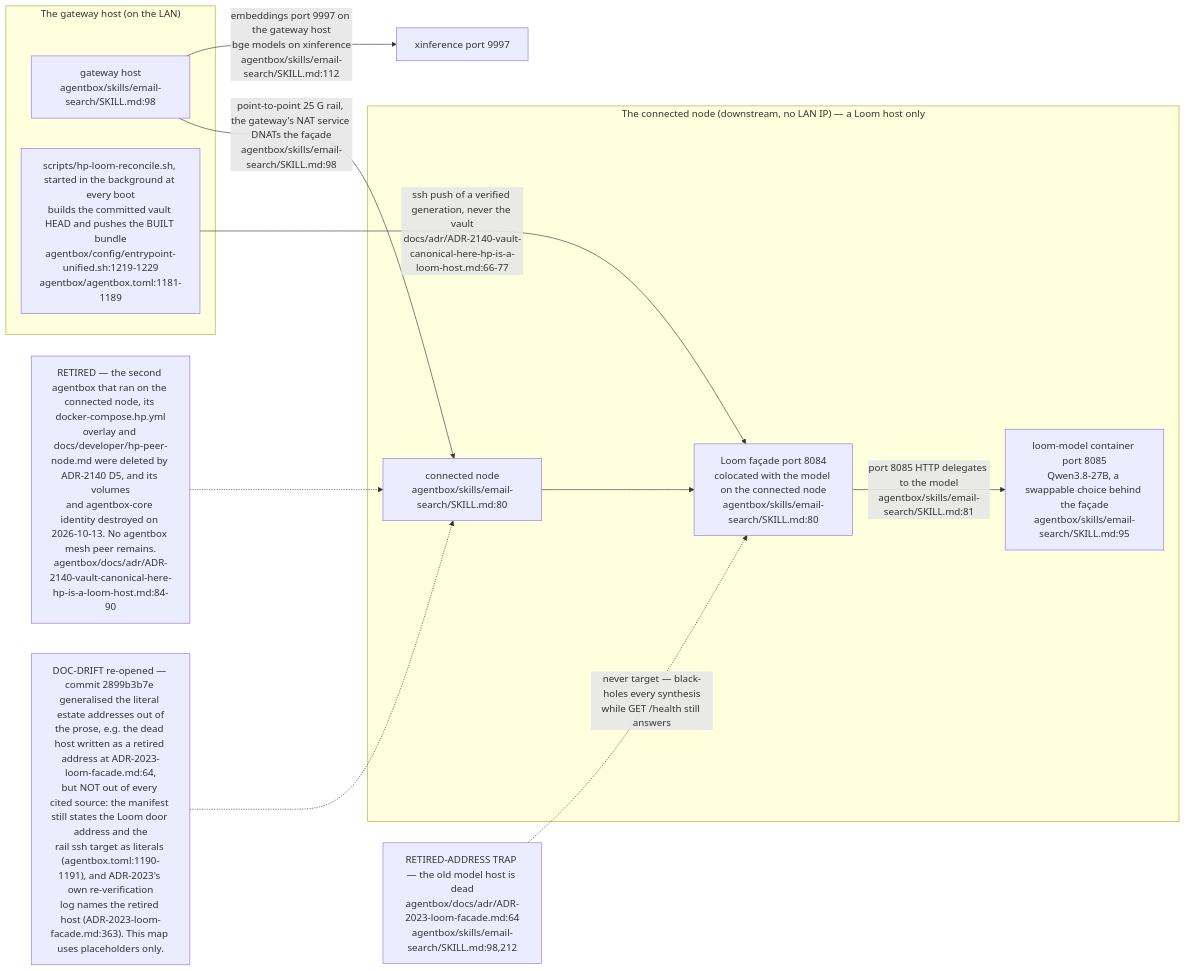
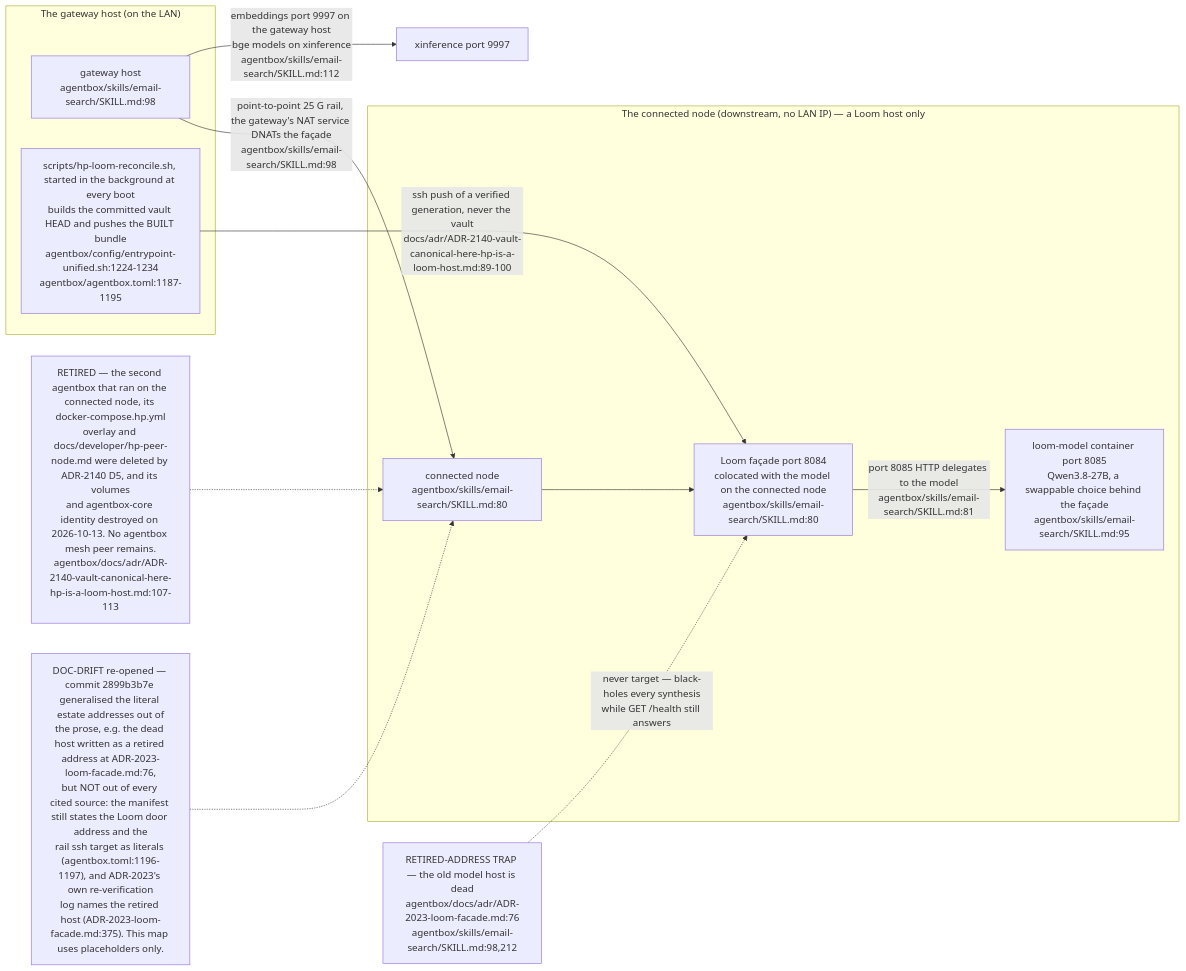
One commit to DreamLab-AI/VisionFlow changed the second of 8 diagrams in docs/diagrams/estate/01-estate-topology.md. Above: the diagram before and after it, drawn with Mermaid. The commit also changed other lines of this file and 49 other files, not shown here.

First line of the commit message:
docs(diagrams): re-derive and re-stamp VisionClaw, estate, knowledge-graph, visionGraph, VisionFlow and sidestr topics

````diff
--- a/docs/diagrams/estate/01-estate-topology.md
+++ b/docs/diagrams/estate/01-estate-topology.md
@@ -103,26 +103,26 @@
 ```mermaid
 flowchart LR
     subgraph ML["The gateway host (on the LAN)"]
         MLHOST["gateway host<br/>agentbox/skills/email-search/SKILL.md:98"]
-        RECON["scripts/hp-loom-reconcile.sh, started in the background at every boot<br/>builds the committed vault HEAD and pushes the BUILT bundle<br/>agentbox/config/entrypoint-unified.sh:1219-1229<br/>agentbox/agentbox.toml:1181-1189"]
+        RECON["scripts/hp-loom-reconcile.sh, started in the background at every boot<br/>builds the committed vault HEAD and pushes the BUILT bundle<br/>agentbox/config/entrypoint-unified.sh:1224-1234<br/>agentbox/agentbox.toml:1187-1195"]
     end
     subgraph HP["The connected node (downstream, no LAN IP) — a Loom host only"]
         HPHOST["connected node<br/>agentbox/skills/email-search/SKILL.md:80"]
         LOOMFACADE["Loom façade port 8084<br/>colocated with the model on the connected node<br/>agentbox/skills/email-search/SKILL.md:80"]
         LOOMMODEL["loom-model container port 8085<br/>Qwen3.8-27B, a swappable choice behind the façade<br/>agentbox/skills/email-search/SKILL.md:95"]
     end
     MLHOST -->|"point-to-point 25 G rail, the gateway's NAT service DNATs the façade<br/>agentbox/skills/email-search/SKILL.md:98"| HPHOST
     HPHOST --> LOOMFACADE
     LOOMFACADE -->|"port 8085 HTTP delegates to the model<br/>agentbox/skills/email-search/SKILL.md:81"| LOOMMODEL
     MLHOST -->|"embeddings port 9997 on the gateway host<br/>bge models on xinference<br/>agentbox/skills/email-search/SKILL.md:112"| XINF["xinference port 9997"]
-    RECON -->|"ssh push of a verified generation, never the vault<br/>docs/adr/ADR-2140-vault-canonical-here-hp-is-a-loom-host.md:66-77"| LOOMFACADE
+    RECON -->|"ssh push of a verified generation, never the vault<br/>docs/adr/ADR-2140-vault-canonical-here-hp-is-a-loom-host.md:89-100"| LOOMFACADE
 
-    DEAD["RETIRED-ADDRESS TRAP — the old model host is dead<br/>agentbox/docs/adr/ADR-2023-loom-facade.md:64<br/>agentbox/skills/email-search/SKILL.md:98,212"]
+    DEAD["RETIRED-ADDRESS TRAP — the old model host is dead<br/>agentbox/docs/adr/ADR-2023-loom-facade.md:76<br/>agentbox/skills/email-search/SKILL.md:98,212"]
     DEAD -.->|"never target — black-holes every synthesis<br/>while GET /health still answers"| LOOMFACADE
 
-    GONE["RETIRED — the second agentbox that ran on the connected node, its docker-compose.hp.yml<br/>overlay and docs/developer/hp-peer-node.md were deleted by ADR-2140 D5, and its volumes<br/>and agentbox-core identity destroyed on 2026-10-13. No agentbox mesh peer remains.<br/>agentbox/docs/adr/ADR-2140-vault-canonical-here-hp-is-a-loom-host.md:84-90"]
+    GONE["RETIRED — the second agentbox that ran on the connected node, its docker-compose.hp.yml<br/>overlay and docs/developer/hp-peer-node.md were deleted by ADR-2140 D5, and its volumes<br/>and agentbox-core identity destroyed on 2026-10-13. No agentbox mesh peer remains.<br/>agentbox/docs/adr/ADR-2140-vault-canonical-here-hp-is-a-loom-host.md:107-113"]
     GONE -.-> HPHOST
 
-    GEN["DOC-DRIFT re-opened — commit 2899b3b7e generalised the literal estate addresses out of<br/>the prose, e.g. the dead host written as a retired address at ADR-2023-loom-facade.md:64,<br/>but NOT out of every cited source: the manifest still states the Loom door address and the<br/>rail ssh target as literals (agentbox.toml:1190-1191), and ADR-2023's own re-verification<br/>log names the retired host (ADR-2023-loom-facade.md:363). This map uses placeholders only."]
+    GEN["DOC-DRIFT re-opened — commit 2899b3b7e generalised the literal estate addresses out of<br/>the prose, e.g. the dead host written as a retired address at ADR-2023-loom-facade.md:76,<br/>but NOT out of every cited source: the manifest still states the Loom door address and the<br/>rail ssh target as literals (agentbox.toml:1196-1197), and ADR-2023's own re-verification<br/>log names the retired host (ADR-2023-loom-facade.md:375). This map uses placeholders only."]
     GEN -.-> HPHOST
 ```
````
